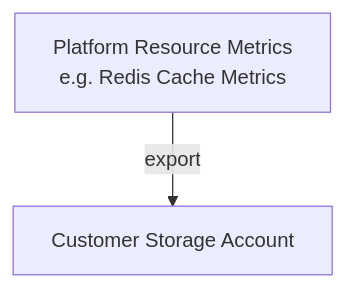
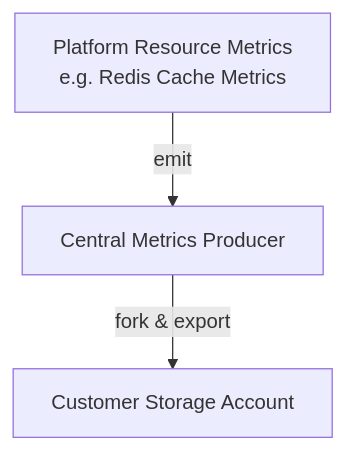
The first of 5 diagrams in AWS/Msft/e2e.md (mvsnbharath/Design), drawn with Mermaid before and after one commit. The commit also changed other lines of this file, not shown here.

````diff
--- a/AWS/Msft/e2e.md
+++ b/AWS/Msft/e2e.md
@@ -7,4 +5,5 @@
 ```mermaid
 flowchart TB
-    A[Platform Resource Metrics<br/>e.g. Redis Cache Metrics] -->|export| B[Customer Storage Account]
+    A[Platform Resource Metrics<br/>e.g. Redis Cache Metrics] -->|emit| B[Central Metrics Producer]
+    B -->|fork & export| C[Customer Storage Account]
 ```
````
